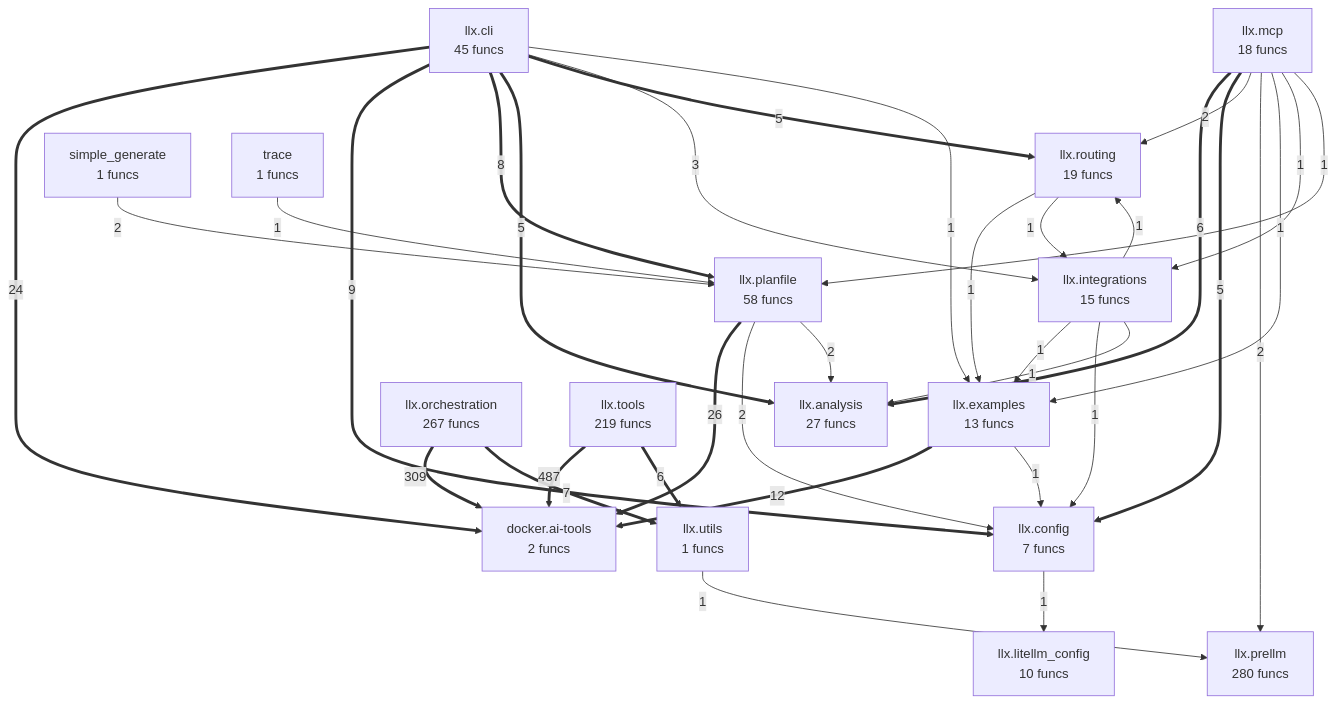
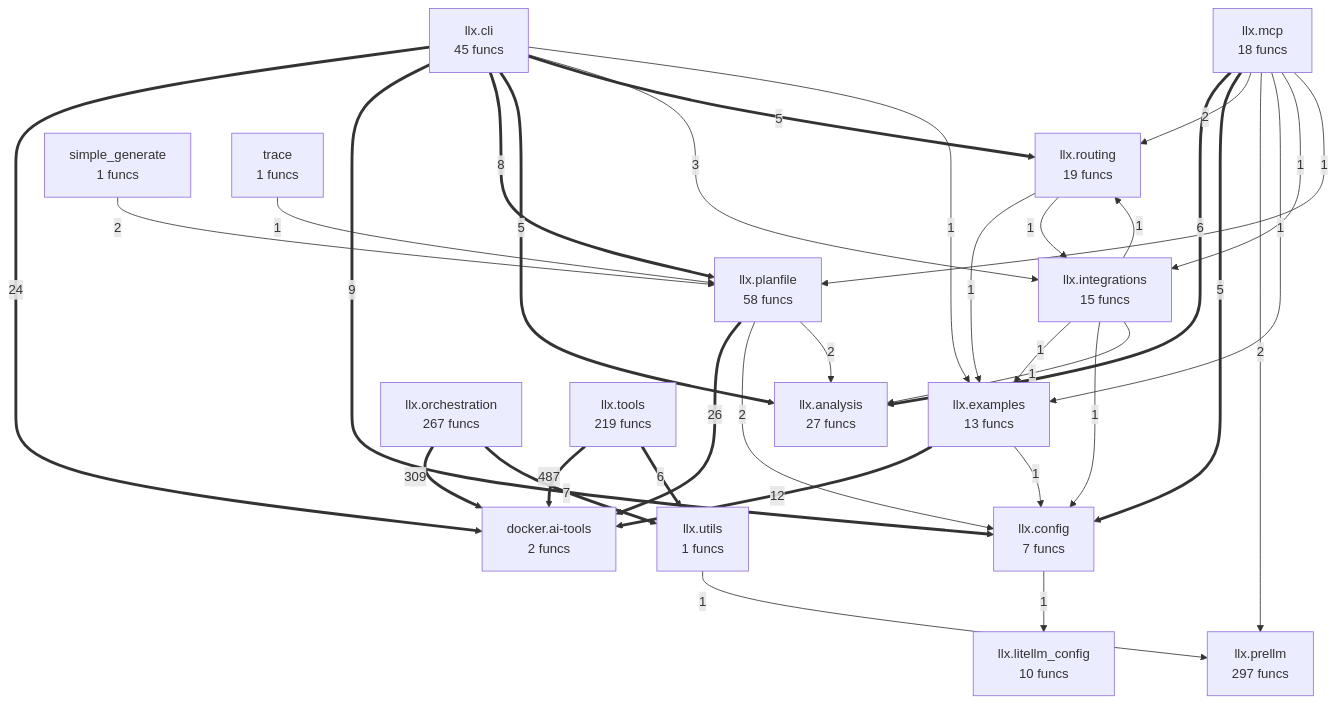
Before and after one commit to semcod/llx: the diagram in project/compact_flow.mmd, drawn with Mermaid. The commit also changed 27 other files, not shown here.

```diff
--- a/project/compact_flow.mmd
+++ b/project/compact_flow.mmd
@@ -1,50 +1,50 @@
 flowchart TD
     docker__ai_tools["docker.ai-tools<br/>2 funcs"]
     llx__analysis["llx.analysis<br/>27 funcs"]
     llx__cli["llx.cli<br/>45 funcs"]
     llx__config["llx.config<br/>7 funcs"]
     llx__examples["llx.examples<br/>13 funcs"]
     llx__integrations["llx.integrations<br/>15 funcs"]
     llx__litellm_config["llx.litellm_config<br/>10 funcs"]
     llx__mcp["llx.mcp<br/>18 funcs"]
     llx__orchestration["llx.orchestration<br/>267 funcs"]
     llx__planfile["llx.planfile<br/>58 funcs"]
-    llx__prellm["llx.prellm<br/>280 funcs"]
+    llx__prellm["llx.prellm<br/>297 funcs"]
     llx__routing["llx.routing<br/>19 funcs"]
     llx__tools["llx.tools<br/>219 funcs"]
     llx__utils["llx.utils<br/>1 funcs"]
     simple_generate["simple_generate<br/>1 funcs"]
     trace["trace<br/>1 funcs"]
     llx__tools ==>|487| docker__ai_tools
     llx__orchestration ==>|309| docker__ai_tools
     llx__planfile ==>|26| docker__ai_tools
     llx__cli ==>|24| docker__ai_tools
     llx__examples ==>|12| docker__ai_tools
     llx__cli ==>|9| llx__config
     llx__cli ==>|8| llx__planfile
     llx__orchestration ==>|7| llx__utils
     llx__tools ==>|6| llx__utils
     llx__mcp ==>|6| llx__analysis
     llx__cli ==>|5| llx__analysis
+    llx__mcp ==>|5| llx__config
     llx__cli ==>|5| llx__routing
-    llx__mcp ==>|5| llx__config
     llx__cli -->|3| llx__integrations
     simple_generate -->|2| llx__planfile
     llx__planfile -->|2| llx__config
     llx__planfile -->|2| llx__analysis
     llx__mcp -->|2| llx__routing
     llx__mcp -->|2| llx__prellm
     trace -->|1| llx__planfile
+    llx__config -->|1| llx__litellm_config
     llx__examples -->|1| llx__config
-    llx__config -->|1| llx__litellm_config
-    llx__cli -->|1| llx__examples
     llx__utils -->|1| llx__prellm
     llx__mcp -->|1| llx__examples
     llx__mcp -->|1| llx__integrations
     llx__mcp -->|1| llx__planfile
     llx__integrations -->|1| llx__examples
     llx__integrations -->|1| llx__config
     llx__integrations -->|1| llx__analysis
     llx__integrations -->|1| llx__routing
     llx__routing -->|1| llx__examples
     llx__routing -->|1| llx__integrations
+    llx__cli -->|1| llx__examples
```
